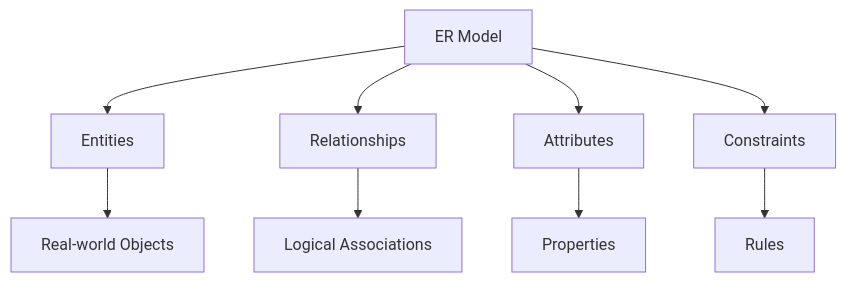
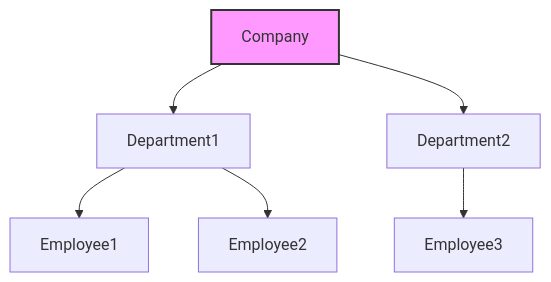
Before and after one commit to fistasolutions/learn-database-unicorndevelopers: the second of 12 diagrams in 04datamodels.md, drawn with Mermaid. The commit also changed other lines of this file, not shown here.

````diff
--- a/04datamodels.md
+++ b/04datamodels.md
@@ -41,11 +57,9 @@
 ```mermaid
 graph TD
-    A[ER Model] --> B[Entities]
-    A --> C[Relationships]
-    A --> D[Attributes]
-    A --> E[Constraints]
-    B --> F[Real-world Objects]
-    C --> G[Logical Associations]
-    D --> H[Properties]
-    E --> I[Rules]
+    A[Company] --> B[Department1]
+    A --> C[Department2]
+    B --> D[Employee1]
+    B --> E[Employee2]
+    C --> F[Employee3]
+    style A fill:#f9f,stroke:#333,stroke-width:2px
 ```
````
